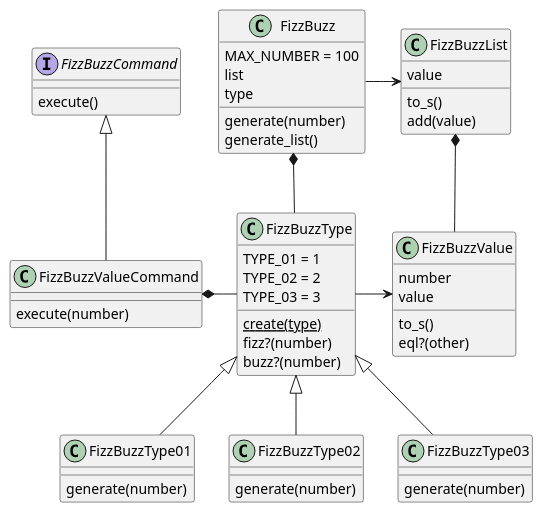
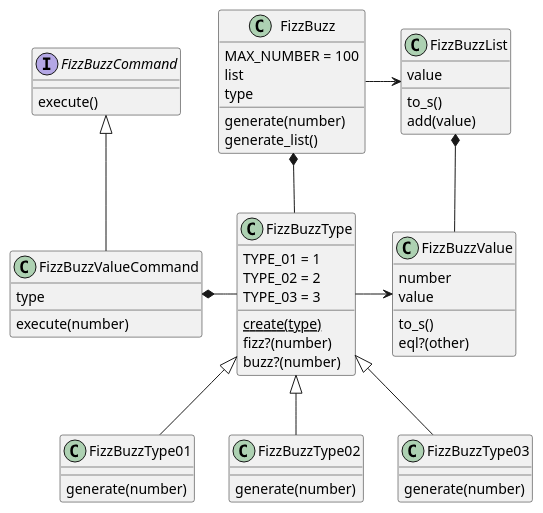
Diagram 25 of 43 in docs/src/article/episode_3.adoc (hiroshima-arc/tdd_rb), drawn with PlantUML before and after one commit. The commit also changed other lines of this file and 66 other files, not shown here.

```diff
--- a/docs/src/article/episode_3.adoc
+++ b/docs/src/article/episode_3.adoc
@@ -4371,53 +4371,54 @@
 [plantuml]
 ----
 class FizzBuzz {
     MAX_NUMBER = 100
     list
     type
     generate(number)
     generate_list()
 }
 class FizzBuzzType {
     TYPE_01 = 1
     TYPE_02 = 2
     TYPE_03 = 3
     {static} create(type)
     fizz?(number)
     buzz?(number)
 }
 class FizzBuzzType01 {
    generate(number)
 }
 class FizzBuzzType02 {
    generate(number)
 }
 class FizzBuzzType03 {
    generate(number)
 }
 class FizzBuzzValue {
    number
    value
    to_s()
    eql?(other)
 }
 class FizzBuzzList {
    value
    to_s()
    add(value)
 }
 Interface FizzBuzzCommand {
   execute()
 }
 class FizzBuzzValueCommand {
+  type
   execute(number)
 }
 FizzBuzzType <|-- FizzBuzzType01
 FizzBuzzType <|-- FizzBuzzType02
 FizzBuzzType <|-- FizzBuzzType03
 FizzBuzz *- FizzBuzzType
 FizzBuzzType -> FizzBuzzValue
 FizzBuzzList *-- FizzBuzzValue
 FizzBuzz -> FizzBuzzList
 FizzBuzzCommand <|-- FizzBuzzValueCommand
 FizzBuzzValueCommand *- FizzBuzzType
 ----
```
